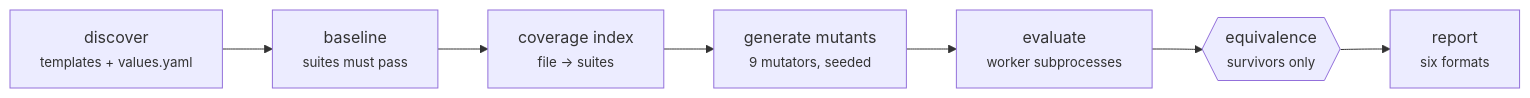
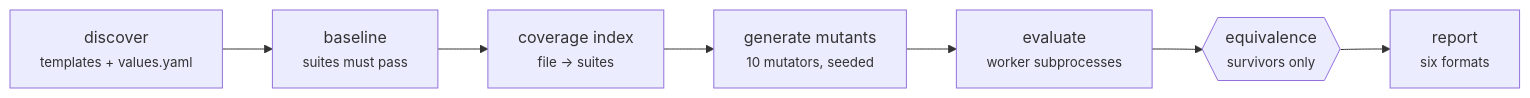
Before and after one commit to mmpyro/helm-mutation-test: the diagram in docs/concepts.md, drawn with Mermaid. The commit also changed other lines of this file and 17 other files, not shown here.

````diff
--- a/docs/concepts.md
+++ b/docs/concepts.md
@@ -450,17 +452,17 @@
 ```mermaid
 flowchart LR
     DIS["discover<br/><small>templates + values.yaml</small>"] --> BASE["baseline<br/><small>suites must pass</small>"]
     BASE --> COV["coverage index<br/><small>file → suites</small>"]
-    COV --> GEN["generate mutants<br/><small>9 mutators, seeded</small>"]
+    COV --> GEN["generate mutants<br/><small>10 mutators, seeded</small>"]
     GEN --> EVAL["evaluate<br/><small>worker subprocesses</small>"]
     EVAL --> EQ{{"equivalence<br/><small>survivors only</small>"}}
     EQ --> REP["report<br/><small>six formats</small>"]
 
     click DIS href "../getting-started/#what-gets-mutated" "Which chart files are mutated"
     click BASE href "#the-baseline-gate-is-a-hard-stop" "A red baseline stops the run with exit code 2"
     click COV href "#coverage-aware-suite-selection" "Each mutant runs only the suites that render its file"
-    click GEN href "../mutators/" "The nine mutators"
+    click GEN href "../mutators/" "The ten mutators"
     click EVAL href "#operational-note-why-workers-are-subprocesses" "Why parallel workers are subprocesses"
     click EQ href "#equivalent-mutants" "Survivors that cannot change any rendered manifest"
     click REP href "../reports/" "All six report formats"
 ```
````
